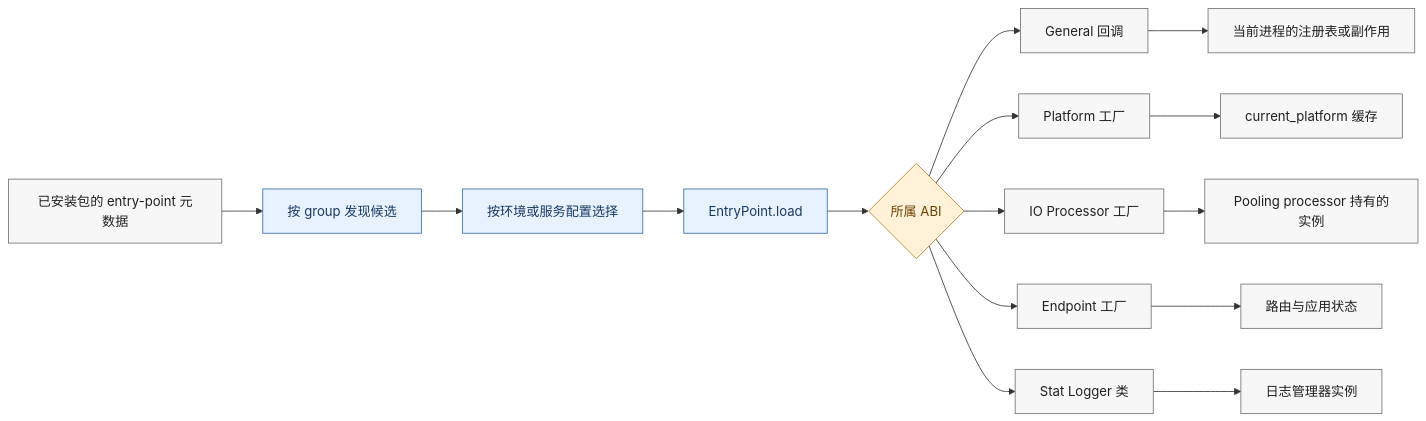
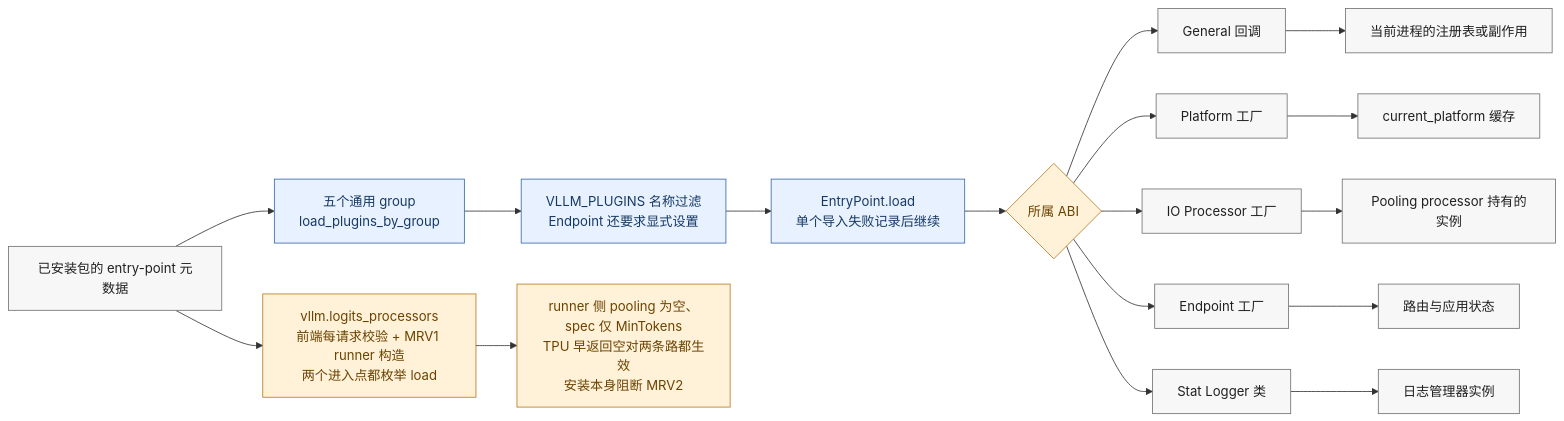
One commit to suhaibo666/llm-knowledge changed the second of 3 diagrams in wiki/02_engineering/03_infer_frameworks/vllm/24_vllm_extension_plugin_system_analysis.md. Above: the diagram before and after it, drawn with Mermaid. The commit also changed other lines of this file and 59 other files, not shown here.

````diff
--- a/wiki/02_engineering/03_infer_frameworks/vllm/24_vllm_extension_plugin_system_analysis.md
+++ b/wiki/02_engineering/03_infer_frameworks/vllm/24_vllm_extension_plugin_system_analysis.md
@@ -76,23 +81,25 @@
 ```mermaid
 flowchart LR
-    A["已安装包的 entry-point 元数据"] --> B["按 group 发现候选"]
-    B --> C["按环境或服务配置选择"]
-    C --> D["EntryPoint.load"]
+    A["已安装包的 entry-point 元数据"] --> B["五个通用 group<br/>load_plugins_by_group"]
+    B --> C["VLLM_PLUGINS 名称过滤<br/>Endpoint 还要求显式设置"]
+    C --> D["EntryPoint.load<br/>单个导入失败记录后继续"]
     D --> E{"所属 ABI"}
     E --> G["General 回调"]
     E --> P["Platform 工厂"]
     E --> O["IO Processor 工厂"]
     E --> N["Endpoint 工厂"]
     E --> S["Stat Logger 类"]
     G --> GR["当前进程的注册表或副作用"]
     P --> PR["current_platform 缓存"]
     O --> OR["Pooling processor 持有的实例"]
     N --> NR["路由与应用状态"]
     S --> SR["日志管理器实例"]
+    A --> L["vllm.logits_processors<br/>前端每请求校验 + MRV1 runner 构造<br/>两个进入点都枚举 load"]
+    L --> LR["runner 侧 pooling 为空、spec 仅 MinTokens<br/>TPU 早返回空对两条路都生效<br/>安装本身阻断 MRV2"]
 
     classDef default fill:#f7f7f7,stroke:#707070,color:#202020
     classDef acc1 fill:#e8f1ff,stroke:#3569a8,color:#173a63
     classDef acc2 fill:#fff2d9,stroke:#b7791f,color:#6b4300
     class B,C,D acc1
-    class E acc2
+    class E,L,LR acc2
 ```
````
